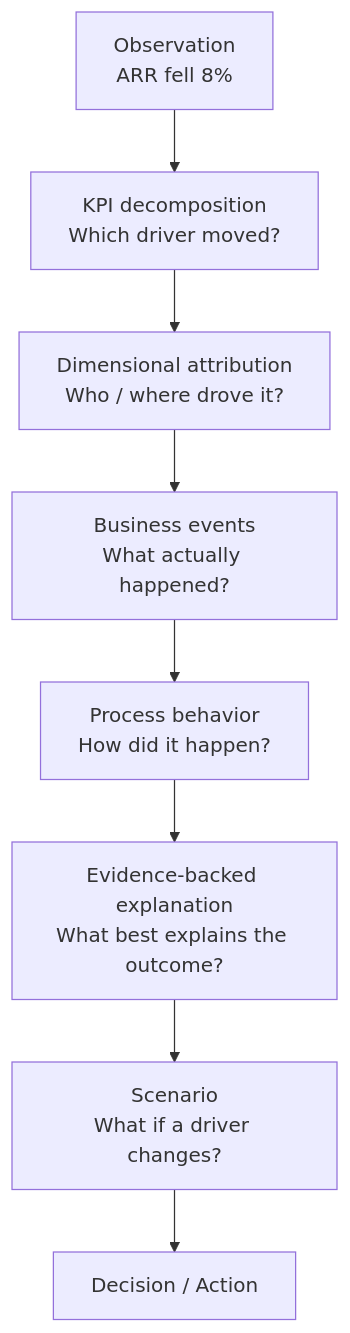
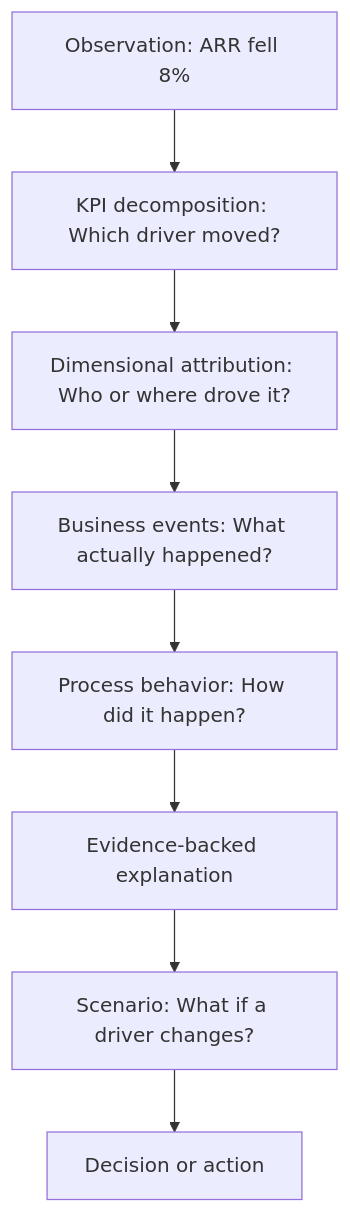
The second of 12 diagrams in book/01-from-reporting-to-decision-intelligence.md (androviperian/semantic_warehouse_framework), drawn with Mermaid before and after one commit. The commit also changed other lines of this file, not shown here.

Commit message:
Repair and complete chapter 1 Mermaid diagrams

````diff
--- a/book/01-from-reporting-to-decision-intelligence.md
+++ b/book/01-from-reporting-to-decision-intelligence.md
@@ -105,13 +104,12 @@
 ```mermaid
 flowchart TB
-    A["Observation<br/>ARR fell 8%"]
-    B["KPI decomposition<br/>Which driver moved?"]
-    C["Dimensional attribution<br/>Who / where drove it?"]
-    D["Business events<br/>What actually happened?"]
-    E["Process behavior<br/>How did it happen?"]
-    F["Evidence-backed explanation<br/>What best explains the outcome?"]
-    G["Scenario<br/>What if a driver changes?"]
-    H["Decision / Action"]
-
+    A["Observation: ARR fell 8%"]
+    B["KPI decomposition: Which driver moved?"]
+    C["Dimensional attribution: Who or where drove it?"]
+    D["Business events: What actually happened?"]
+    E["Process behavior: How did it happen?"]
+    F["Evidence-backed explanation"]
+    G["Scenario: What if a driver changes?"]
+    H["Decision or action"]
     A --> B --> C --> D --> E --> F --> G --> H
 ```
````
